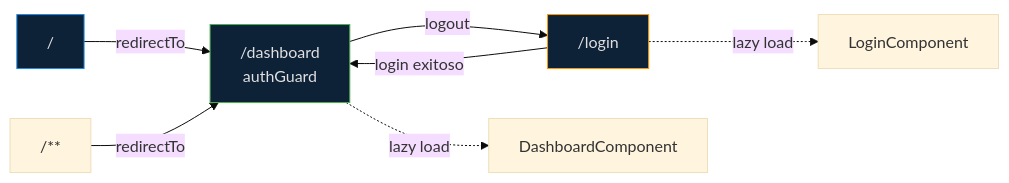
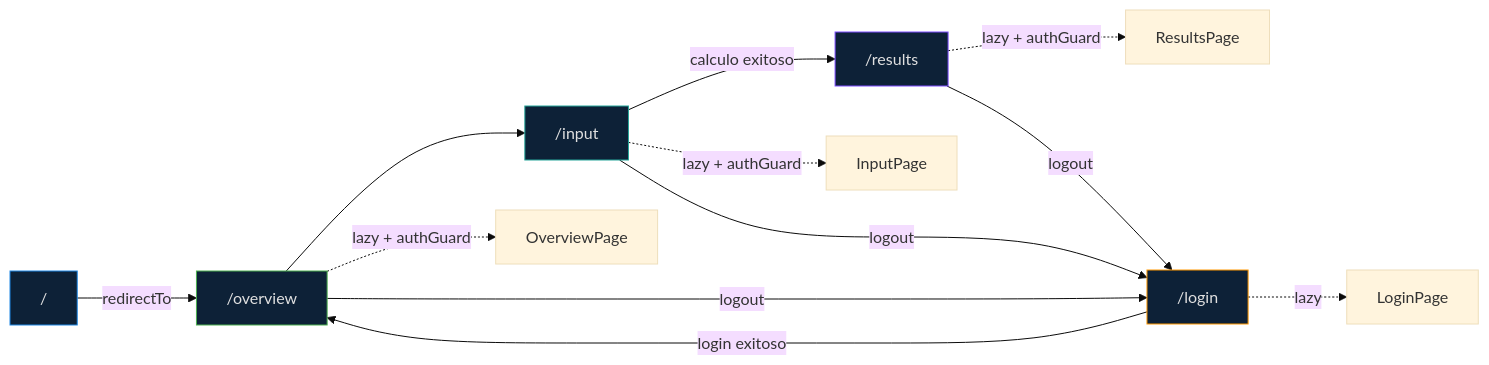
Before and after one commit to gacc94/coding-challenge: the second of 3 diagrams in docs/specs/frontend.md, drawn with Mermaid (base theme). The commit also changed other lines of this file and 68 other files, not shown here.

````diff
--- a/docs/specs/frontend.md
+++ b/docs/specs/frontend.md
@@ -236,14 +72,23 @@
 ```mermaid
 graph LR
-    Root["/"] -->|redirectTo| Dashboard["/dashboard<br/>authGuard"]
-    Login["/login"] -->|login exitoso| Dashboard
-    Dashboard -->|logout| Login
-    
-    Login -.->|lazy load| LC["LoginComponent"]
-    Dashboard -.->|lazy load| DC["DashboardComponent"]
-    Fallback["/**"] -->|redirectTo| Dashboard
+    Root["/"] -->|redirectTo| Overview["/overview"]
+
+    Login["/login"] -->|"login exitoso"| Overview
+    Overview --> Input["/input"]
+    Input -->|"calculo exitoso"| Results["/results"]
+
+    Login -.->|lazy| LoginPage["LoginPage"]
+    Overview -.->|lazy + authGuard| OverviewPage["OverviewPage"]
+    Input -.->|lazy + authGuard| InputPage["InputPage"]
+    Results -.->|lazy + authGuard| ResultsPage["ResultsPage"]
+
+    Overview -->|logout| Login
+    Input -->|logout| Login
+    Results -->|logout| Login
 
     style Root fill:#0d2137,stroke:#1e88e5,color:#e0e0e0
-    style Dashboard fill:#0d2137,stroke:#4caf50,color:#e0e0e0
     style Login fill:#0d2137,stroke:#ff9800,color:#e0e0e0
+    style Overview fill:#0d2137,stroke:#4caf50,color:#e0e0e0
+    style Input fill:#0d2137,stroke:#26a69a,color:#e0e0e0
+    style Results fill:#0d2137,stroke:#7c4dff,color:#e0e0e0
 ```
````
